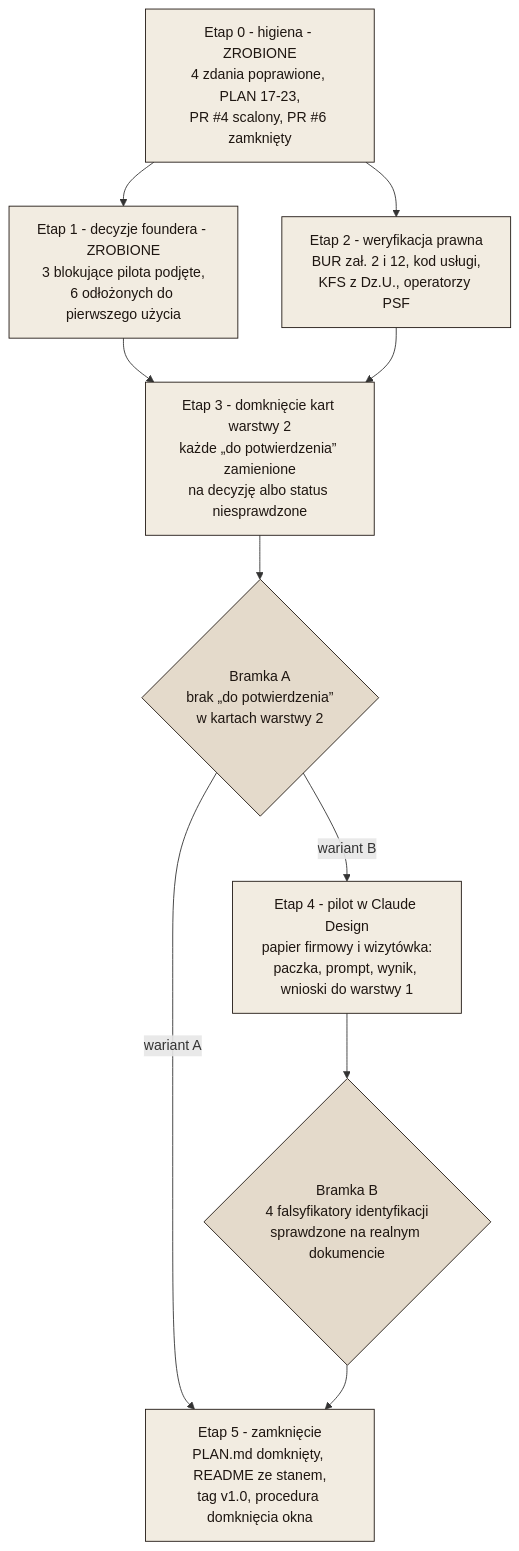
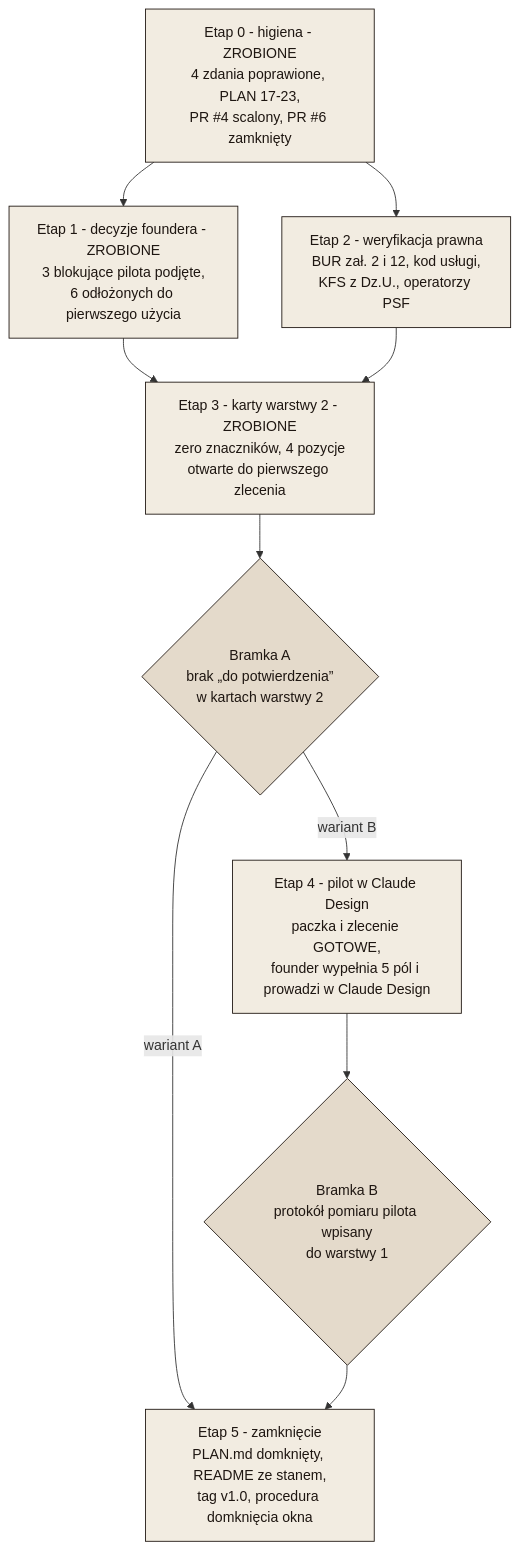
Before and after one commit to lukasz-znojek/irn-design-brandbook: the diagram in MAPA-DROGOWA.md, drawn with Mermaid. The commit also changed other lines of this file and 9 other files, not shown here.

First line of the commit message:
Etap 3 zamknięty, paczka pilota i lista dokumentów do weryfikacji u źródła

````diff
--- a/MAPA-DROGOWA.md
+++ b/MAPA-DROGOWA.md
@@ -91,31 +91,31 @@
 ```mermaid
 flowchart TD
     S0["Etap 0 - higiena - ZROBIONE<br/>4 zdania poprawione, PLAN 17-23,<br/>PR #4 scalony, PR #6 zamknięty"]
     S1["Etap 1 - decyzje foundera - ZROBIONE<br/>3 blokujące pilota podjęte,<br/>6 odłożonych do pierwszego użycia"]
     S2["Etap 2 - weryfikacja prawna<br/>BUR zał. 2 i 12, kod usługi,<br/>KFS z Dz.U., operatorzy PSF"]
-    S3["Etap 3 - domknięcie kart warstwy 2<br/>każde „do potwierdzenia” zamienione<br/>na decyzję albo status niesprawdzone"]
-    S4["Etap 4 - pilot w Claude Design<br/>papier firmowy i wizytówka:<br/>paczka, prompt, wynik, wnioski do warstwy 1"]
+    S3["Etap 3 - karty warstwy 2 - ZROBIONE<br/>zero znaczników, 4 pozycje<br/>otwarte do pierwszego zlecenia"]
+    S4["Etap 4 - pilot w Claude Design<br/>paczka i zlecenie GOTOWE,<br/>founder wypełnia 5 pól i prowadzi w Claude Design"]
     S5["Etap 5 - zamknięcie<br/>PLAN.md domknięty, README ze stanem,<br/>tag v1.0, procedura domknięcia okna"]
 
     G1{"Bramka A<br/>brak „do potwierdzenia”<br/>w kartach warstwy 2"}
-    G2{"Bramka B<br/>4 falsyfikatory identyfikacji<br/>sprawdzone na realnym dokumencie"}
+    G2{"Bramka B<br/>protokół pomiaru pilota wpisany<br/>do warstwy 1"}
 
     S0 --> S1
     S0 --> S2
     S1 --> S3
     S2 --> S3
     S3 --> G1
     G1 -->|wariant A| S5
     G1 -->|wariant B| S4
     S4 --> G2
     G2 --> S5
 
     style S0 fill:#F2ECE1,stroke:#1E1611,color:#1E1611
     style S1 fill:#F2ECE1,stroke:#1E1611,color:#1E1611
     style S2 fill:#F2ECE1,stroke:#1E1611,color:#1E1611
     style S3 fill:#F2ECE1,stroke:#1E1611,color:#1E1611
     style S4 fill:#F2ECE1,stroke:#1E1611,color:#1E1611
     style S5 fill:#F2ECE1,stroke:#1E1611,color:#1E1611
     style G1 fill:#E4DACB,stroke:#1E1611,color:#1E1611
     style G2 fill:#E4DACB,stroke:#1E1611,color:#1E1611
 ```
````
